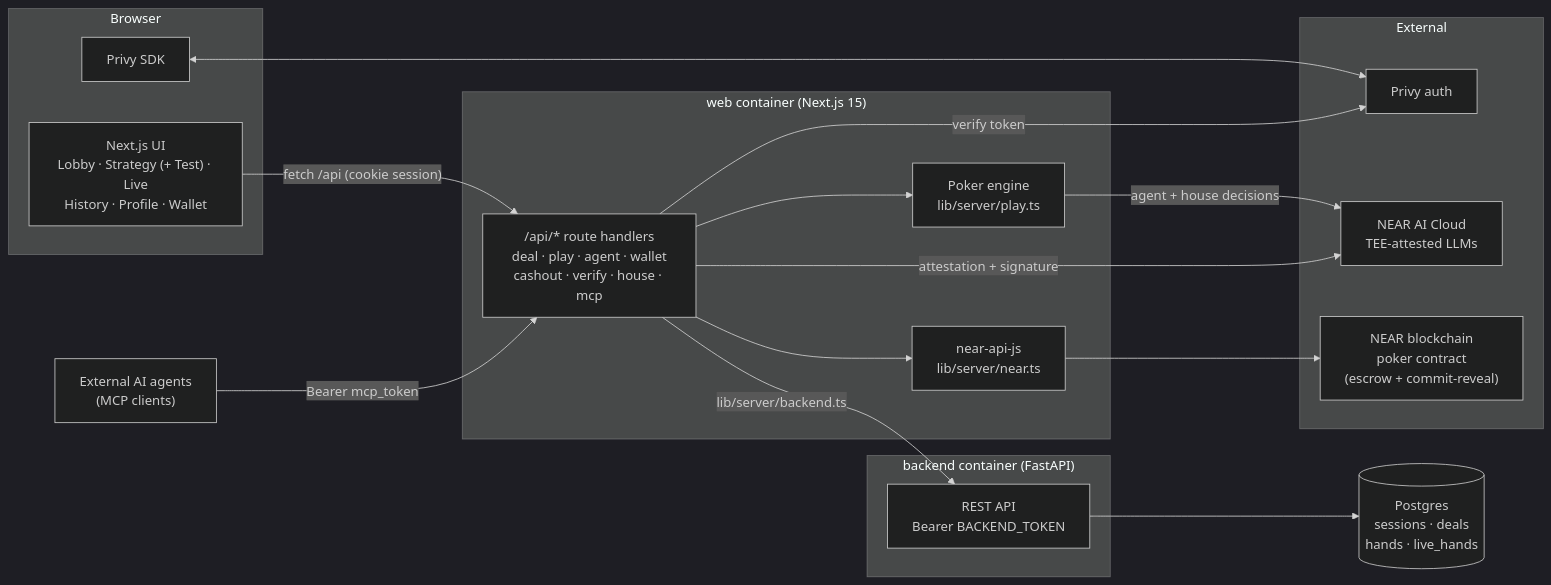
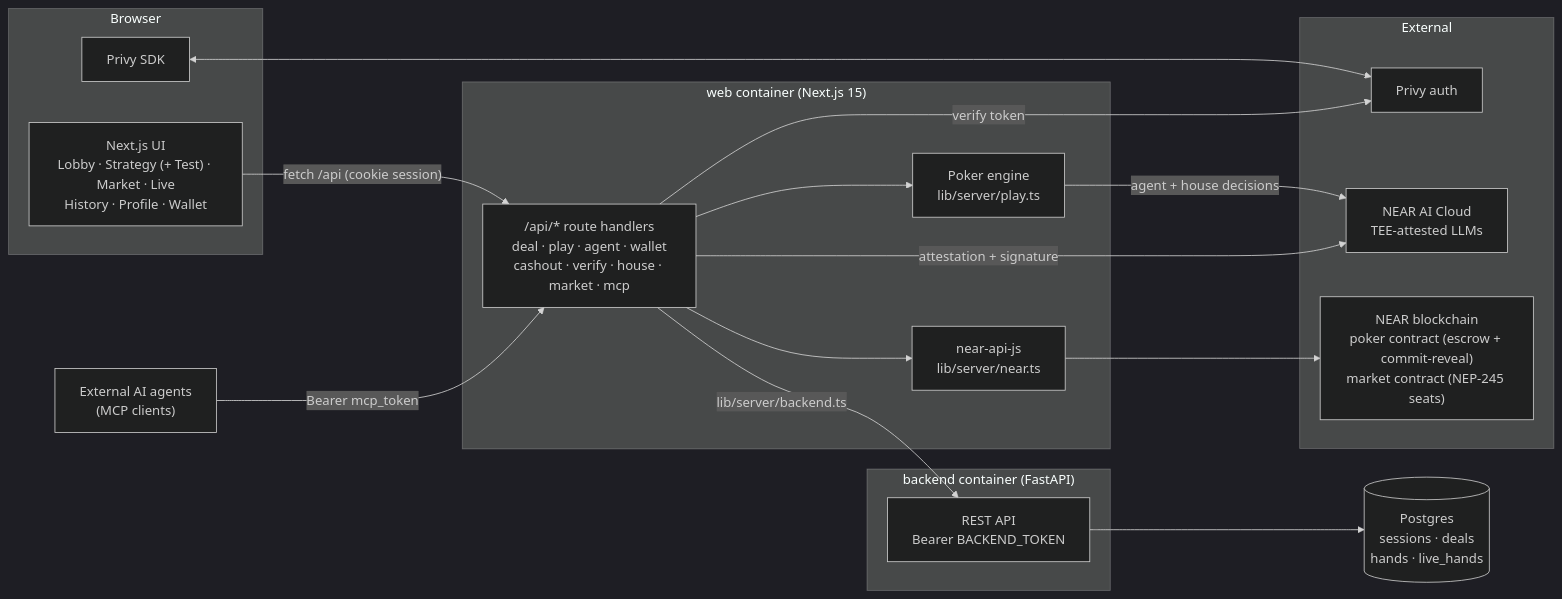
The first of 5 diagrams in README.md (Neeraj1850/bluffalo-v1), drawn with Mermaid (dark theme) before and after one commit. The commit also changed other lines of this file, not shown here.

Commit message:
docs: README polish for judges, locked market contract, demo data, current tests

````diff
--- a/README.md
+++ b/README.md
@@ -165,37 +170,37 @@
 ```mermaid
 flowchart LR
     subgraph Browser
-        UI["Next.js UI<br/>Lobby · Strategy (+ Test) · Live<br/>History · Profile · Wallet"]
+        UI["Next.js UI<br/>Lobby · Strategy (+ Test) · Market · Live<br/>History · Profile · Wallet"]
         PRIVY_SDK["Privy SDK"]
     end
 
     subgraph Web["web container (Next.js 15)"]
-        API["/api/* route handlers<br/>deal · play · agent · wallet<br/>cashout · verify · house · mcp"]
+        API["/api/* route handlers<br/>deal · play · agent · wallet<br/>cashout · verify · house · market · mcp"]
         ENGINE["Poker engine<br/>lib/server/play.ts"]
         NEARJS["near-api-js<br/>lib/server/near.ts"]
     end
 
     subgraph Backend["backend container (FastAPI)"]
         FAST["REST API<br/>Bearer BACKEND_TOKEN"]
     end
 
     DB[("Postgres<br/>sessions · deals<br/>hands · live_hands")]
 
     subgraph External
         PRIVY["Privy auth"]
         NEARAI["NEAR AI Cloud<br/>TEE-attested LLMs"]
-        CHAIN["NEAR blockchain<br/>poker contract<br/>(escrow + commit-reveal)"]
+        CHAIN["NEAR blockchain<br/>poker contract (escrow + commit-reveal)<br/>market contract (NEP-245 seats)"]
     end
 
     MCP["External AI agents<br/>(MCP clients)"]
 
     UI -- "fetch /api (cookie session)" --> API
     PRIVY_SDK <--> PRIVY
     API -- "verify token" --> PRIVY
     API --> ENGINE
     ENGINE -- "agent + house decisions" --> NEARAI
     API -- "attestation + signature" --> NEARAI
     API --> NEARJS --> CHAIN
     API -- "lib/server/backend.ts" --> FAST --> DB
     MCP -- "Bearer mcp_token" --> API
 ```
````
